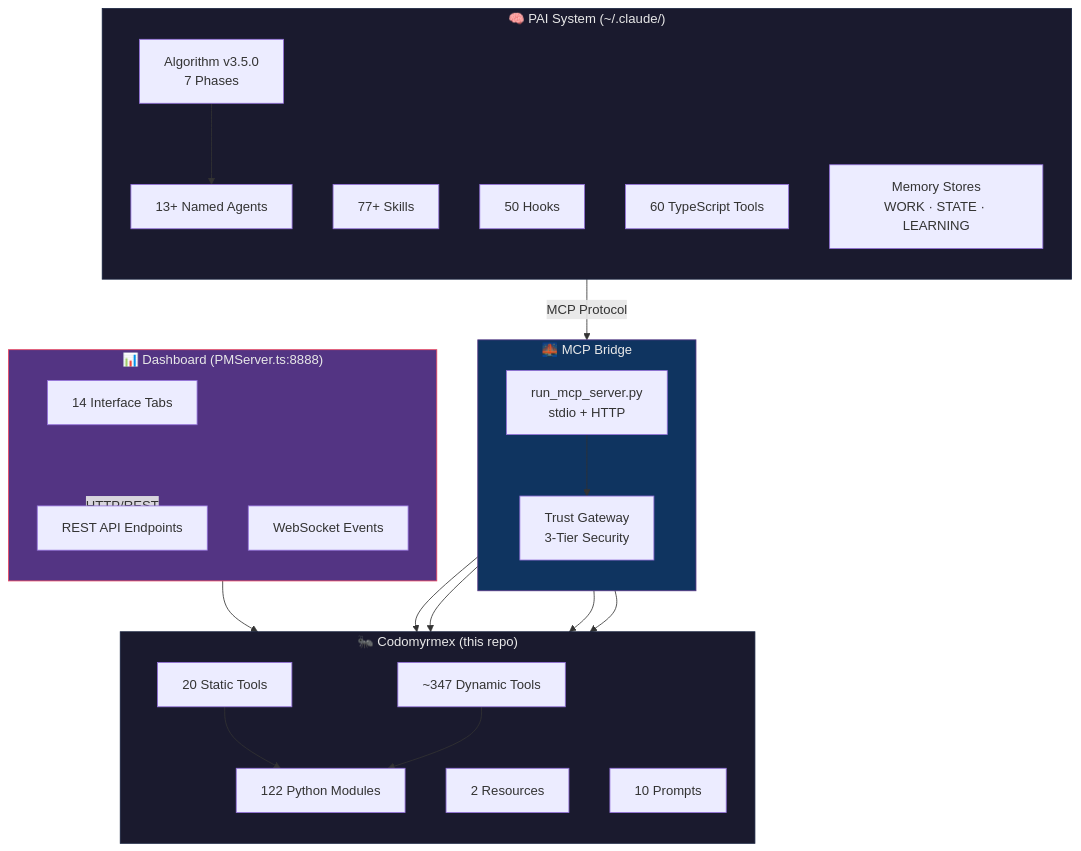
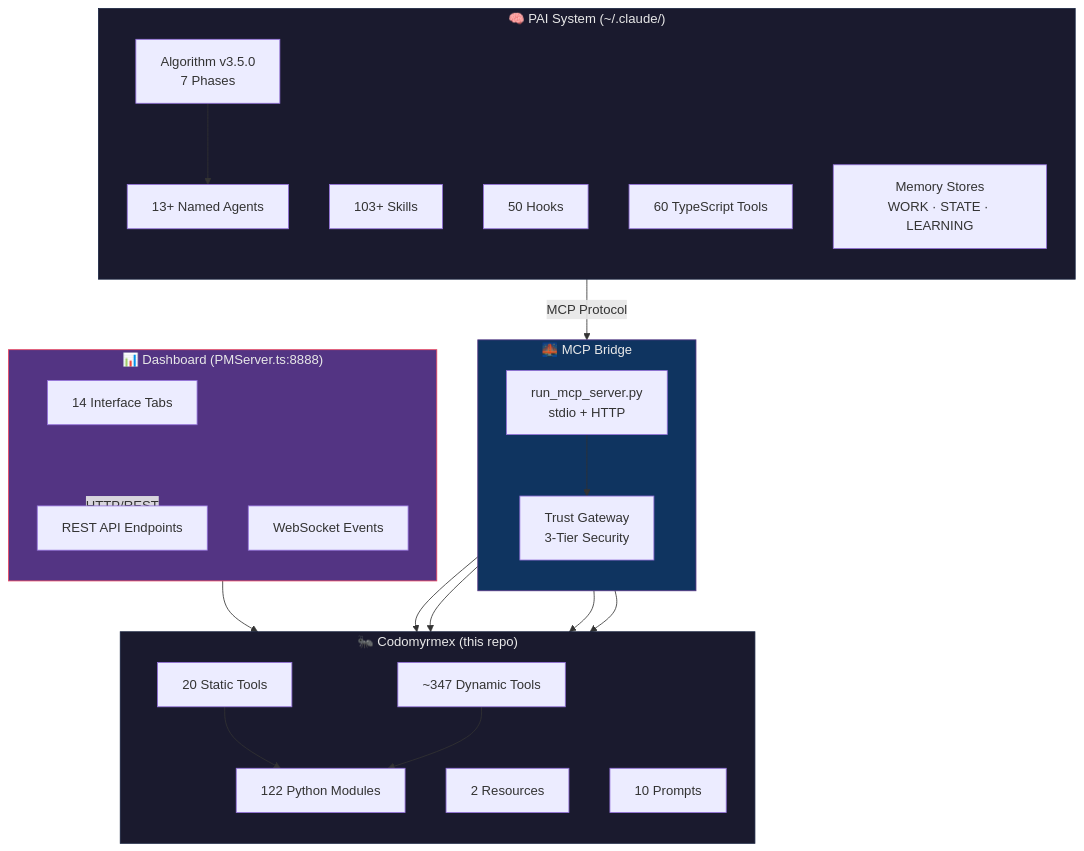
The first of 8 diagrams in docs/pai/README.md (docxology/codomyrmex), drawn with Mermaid before and after one commit. The commit also changed other lines of this file and 813 other files, not shown here.

````diff
--- a/docs/pai/README.md
+++ b/docs/pai/README.md
@@ -15,51 +15,51 @@
 ```mermaid
 graph TB
     subgraph PAI["🧠 PAI System (~/.claude/)"]
         direction TB
         ALGO["Algorithm v3.5.0<br/>7 Phases"]
-        SKILLS["77+ Skills"]
+        SKILLS["103+ Skills"]
         HOOKS["50 Hooks"]
         TOOLS_TS["60 TypeScript Tools"]
         AGENTS_PAI["13+ Named Agents"]
         MEMORY["Memory Stores<br/>WORK · STATE · LEARNING"]
     end
 
     subgraph BRIDGE["🌉 MCP Bridge"]
         direction TB
         MCP_SERVER["run_mcp_server.py<br/>stdio + HTTP"]
         TRUST["Trust Gateway<br/>3-Tier Security"]
     end
 
     subgraph CDM["🐜 Codomyrmex (this repo)"]
         direction TB
         MODULES["122 Python Modules"]
         STATIC["20 Static Tools"]
         DYNAMIC["~347 Dynamic Tools"]
         RESOURCES["2 Resources"]
         PROMPTS["10 Prompts"]
     end
 
     subgraph DASH["📊 Dashboard (PMServer.ts:8888)"]
         direction TB
         TABS["14 Interface Tabs"]
         REST["REST API Endpoints"]
         WS["WebSocket Events"]
     end
 
     ALGO --> AGENTS_PAI
     AGENTS_PAI -->|"MCP Protocol"| MCP_SERVER
     MCP_SERVER --> TRUST
     TRUST --> STATIC
     TRUST --> DYNAMIC
     MCP_SERVER --> RESOURCES
     MCP_SERVER --> PROMPTS
     STATIC --> MODULES
     DYNAMIC --> MODULES
     DASH -->|"HTTP/REST"| REST
     REST --> MODULES
 
     style PAI fill:#1a1a2e,stroke:#16213e,color:#e8e8e8
     style BRIDGE fill:#0f3460,stroke:#533483,color:#e8e8e8
     style CDM fill:#1a1a2e,stroke:#16213e,color:#e8e8e8
     style DASH fill:#533483,stroke:#e94560,color:#e8e8e8
 ```
````
